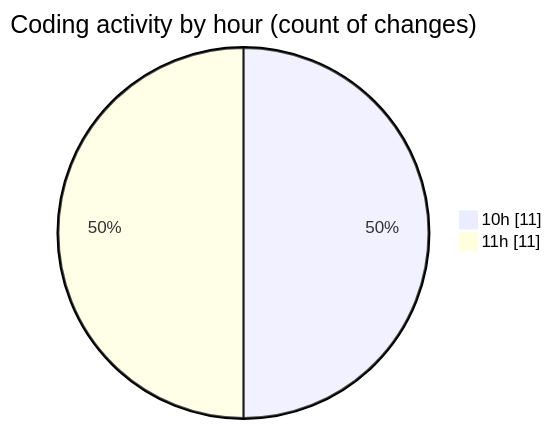
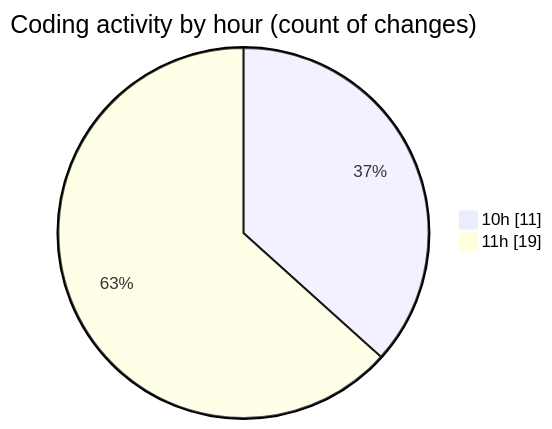
The second of 2 diagrams in 2026-02-23/cda/README.md (momahboobian/code-tracking), drawn with Mermaid before and after one commit. The commit also changed other lines of this file and 1 other file, not shown here.

````diff
--- a/2026-02-23/cda/README.md
+++ b/2026-02-23/cda/README.md
@@ -31,6 +35,6 @@
 ```mermaid
 pie showData
 title Coding activity by hour (count of changes)
 "10h" : 11
-"11h" : 11
+"11h" : 19
 ```
````
